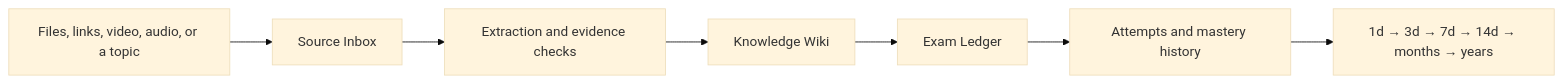
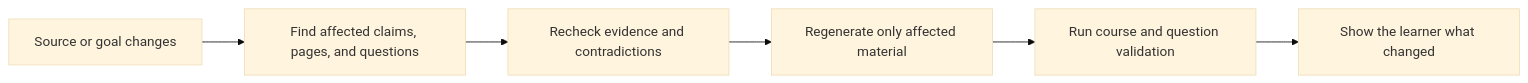
Before and after one commit to Howard-Starfield/Mastery-Ledger: the sixth of 6 diagrams in README.md, drawn with Mermaid (base theme). The commit also changed other lines of this file, not shown here.

Commit message:
Rewrite README to explain Mastery Ledger workflows

````diff
--- a/README.md
+++ b/README.md
@@ -54,9 +144,8 @@
 ```mermaid
 flowchart LR
-    A["Files, links, video, audio, or a topic"] --> B["Source Inbox"]
-    B --> C["Extraction and evidence checks"]
-    C --> D["Knowledge Wiki"]
-    D --> E["Exam Ledger"]
-    E --> F["Attempts and mastery history"]
-    F --> G["1d → 3d → 7d → 14d → months → years"]
+    Change["Source or goal changes"] --> Impact["Find affected claims, pages, and questions"]
+    Impact --> Review["Recheck evidence and contradictions"]
+    Review --> Repair["Regenerate only affected material"]
+    Repair --> Validate["Run course and question validation"]
+    Validate --> Summary["Show the learner what changed"]
 ```
````
